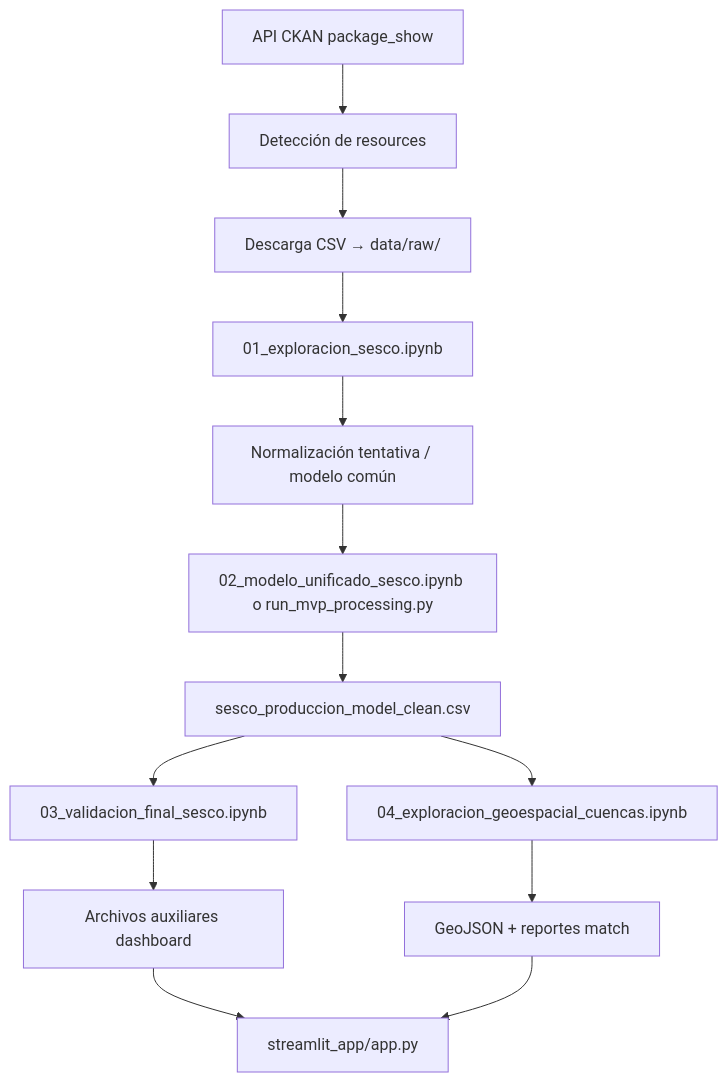
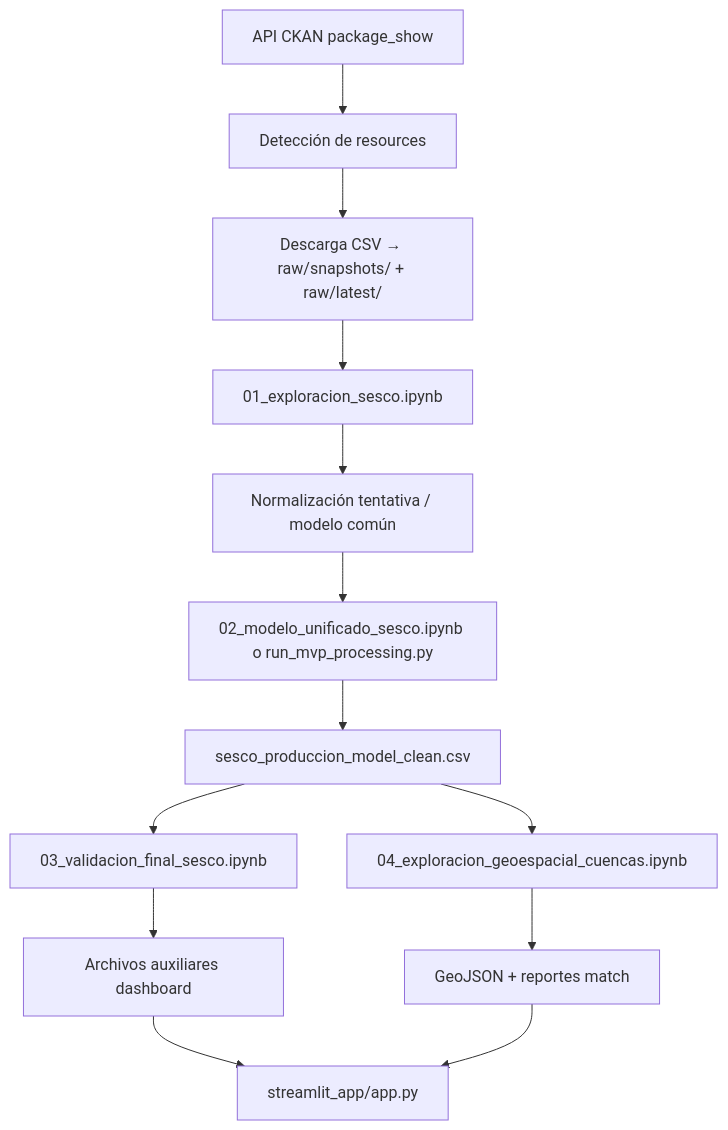
The diagram in exploration/README.md (ppagano91/DashboardOilAndGasArgentina), drawn with Mermaid before and after one commit. The commit also changed other lines of this file and 4 other files, not shown here.

````diff
--- a/exploration/README.md
+++ b/exploration/README.md
@@ -110,15 +119,15 @@
 ```mermaid
 flowchart TD
     A[API CKAN package_show] --> B[Detección de resources]
-    B --> C[Descarga CSV → data/raw/]
+    B --> C[Descarga CSV → raw/snapshots/ + raw/latest/]
     C --> D[01_exploracion_sesco.ipynb]
     D --> E[Normalización tentativa / modelo común]
     E --> F[02_modelo_unificado_sesco.ipynb o run_mvp_processing.py]
     F --> G[sesco_produccion_model_clean.csv]
     G --> H[03_validacion_final_sesco.ipynb]
     H --> I[Archivos auxiliares dashboard]
     I --> J[streamlit_app/app.py]
     G --> K[04_exploracion_geoespacial_cuencas.ipynb]
     K --> L[GeoJSON + reportes match]
     L --> J
 ```
````
